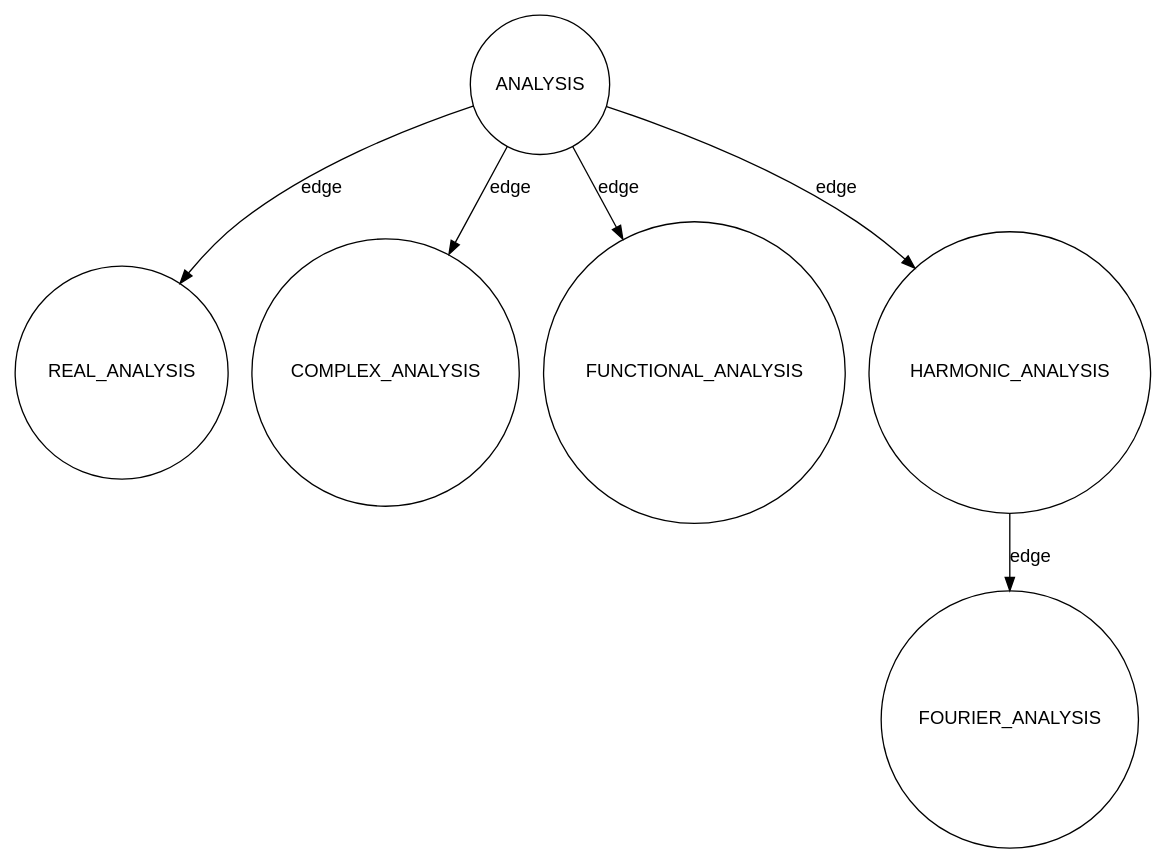
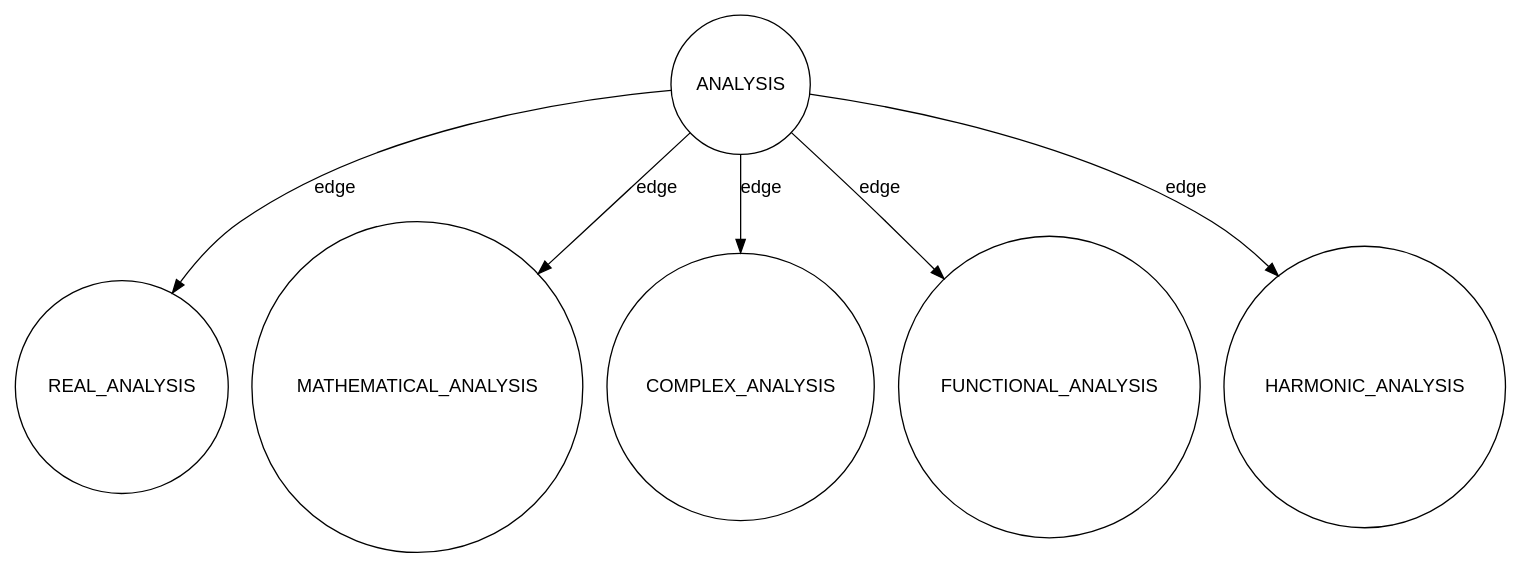
The diagram in analysis.gv (adarijani/stein_fourier), drawn with Graphviz before and after one commit. The commit also changed 1 other file, not shown here.

```diff
--- a/analysis.gv
+++ b/analysis.gv
@@ -1,13 +1,14 @@
 digraph Analysis {
 	fontname="Helvetica,Arial,sans-serif"
 	node [fontname="Helvetica,Arial,sans-serif"]
 	edge [fontname="Helvetica,Arial,sans-serif"]
 	rankdir="TB";
 	node [shape = circle];
 	ANALYSIS -> REAL_ANALYSIS [label = "edge"];
+	ANALYSIS -> MATHEMATICAL_ANALYSIS [label = "edge"];
 	ANALYSIS -> COMPLEX_ANALYSIS [label = "edge"];
 	ANALYSIS -> FUNCTIONAL_ANALYSIS [label = "edge"];
 	ANALYSIS -> HARMONIC_ANALYSIS [label = "edge"];
-	HARMONIC_ANALYSIS -> FOURIER_ANALYSIS [label = "edge"];
+
 	
 }
```
